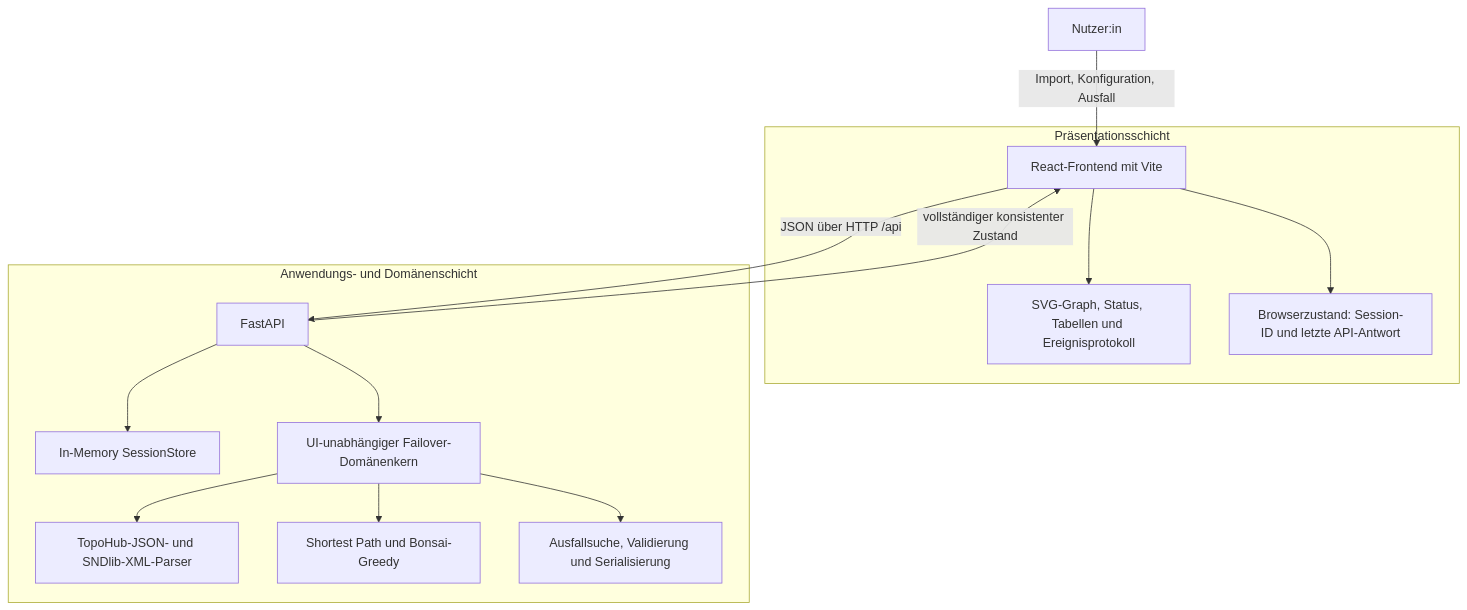
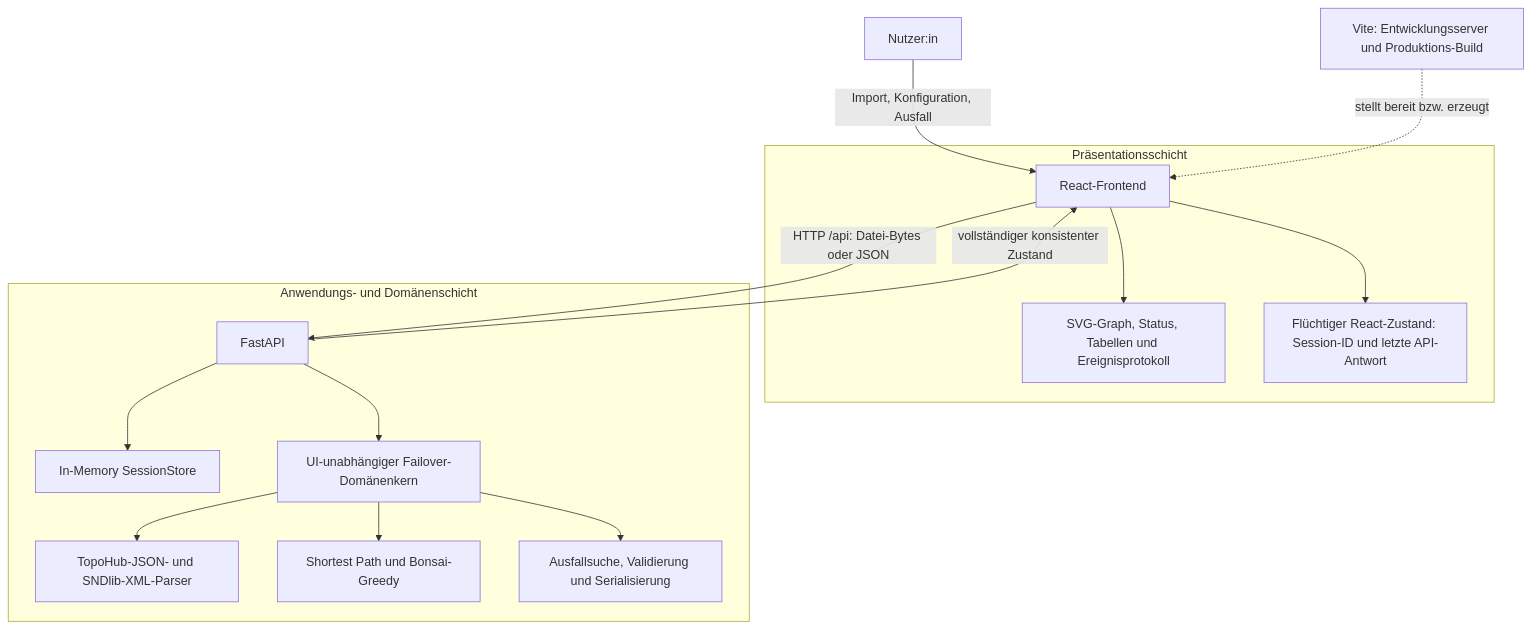
Before and after one commit to sammo3332/routing-simulator-hci-concept: the first of 2 diagrams in ARCHITECTURE.md, drawn with Mermaid. The commit also changed other lines of this file and 3 other files, not shown here.

Commit message:
docs: audit current architecture and deployment

````diff
--- a/ARCHITECTURE.md
+++ b/ARCHITECTURE.md
@@ -19,21 +19,22 @@
 ```mermaid
 flowchart TB
-    U["Nutzer:in"] -->|"Import, Konfiguration, Ausfall"| F["React-Frontend mit Vite"]
+    U["Nutzer:in"] -->|"Import, Konfiguration, Ausfall"| F["React-Frontend"]
 
     subgraph Browser["Präsentationsschicht"]
         F --> V["SVG-Graph, Status, Tabellen und Ereignisprotokoll"]
-        F --> B["Browserzustand: Session-ID und letzte API-Antwort"]
+        F --> B["Flüchtiger React-Zustand: Session-ID und letzte API-Antwort"]
     end
 
-    F -->|"JSON über HTTP /api"| A["FastAPI"]
+    T["Vite: Entwicklungsserver und Produktions-Build"] -.->|"stellt bereit bzw. erzeugt"| F
+    F -->|"HTTP /api: Datei-Bytes oder JSON"| A["FastAPI"]
 
     subgraph Backend["Anwendungs- und Domänenschicht"]
         A --> S["In-Memory SessionStore"]
         A --> C["UI-unabhängiger Failover-Domänenkern"]
         C --> I["TopoHub-JSON- und SNDlib-XML-Parser"]
         C --> R["Shortest Path und Bonsai-Greedy"]
         C --> X["Ausfallsuche, Validierung und Serialisierung"]
     end
 
     A -->|"vollständiger konsistenter Zustand"| F
 ```
````
